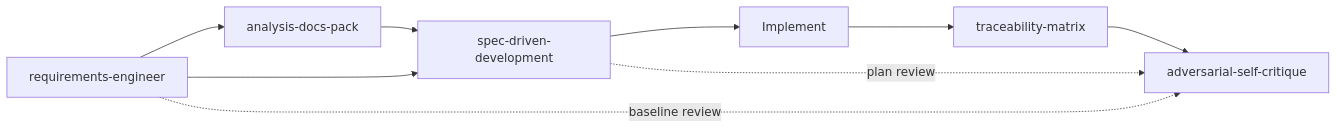
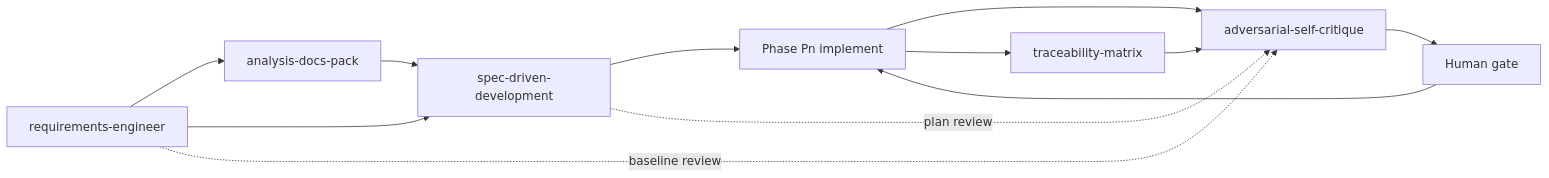
The diagram in docs/skill-map.md (jah-guide/preflight), drawn with Mermaid before and after one commit. The commit also changed other lines of this file and 11 other files, not shown here.

````diff
--- a/docs/skill-map.md
+++ b/docs/skill-map.md
@@ -5,18 +9,43 @@
 ```mermaid
+
 flowchart LR
+
   RE[requirements-engineer]
+
   ADP[analysis-docs-pack]
+
   SDD[spec-driven-development]
-  IMPL[Implement]
+
+  Pn[Phase Pn implement]
+
+  ST[adversarial-self-critique]
+
+  G[Human gate]
+
   TM[traceability-matrix]
-  ASC[adversarial-self-critique]
+
+
 
   RE --> ADP
+
   RE --> SDD
+
   ADP --> SDD
-  SDD --> IMPL
-  IMPL --> TM
-  TM --> ASC
-  RE -. baseline review .-> ASC
-  SDD -. plan review .-> ASC
+
+  SDD --> Pn
+
+  Pn --> ST
+
+  ST --> G
+
+  G --> Pn
+
+  Pn --> TM
+
+  TM --> ST
+
+  RE -. baseline review .-> ST
+
+  SDD -. plan review .-> ST
+
 ```
````
